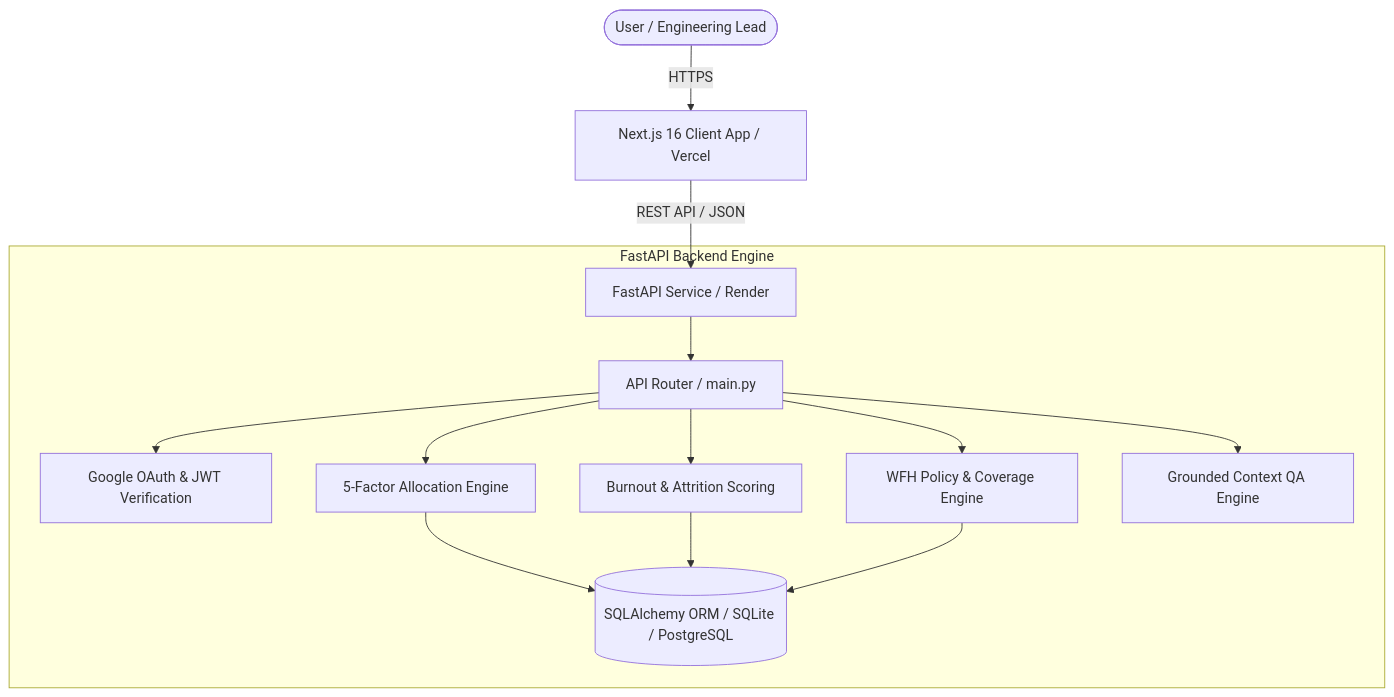
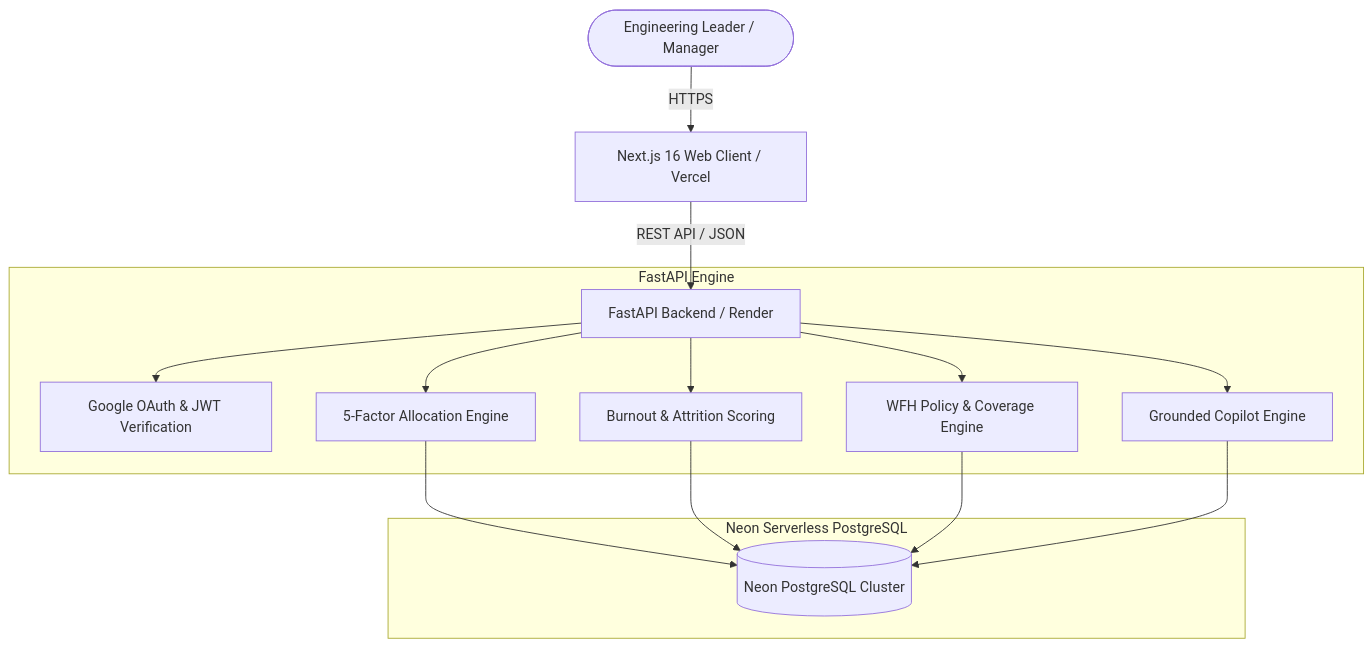
The diagram in README.md (kartikthhakur07/Orka), drawn with Mermaid before and after one commit. The commit also changed other lines of this file and 2 other files, not shown here.

Commit message:
docs: update README with Neon PostgreSQL architecture, remove static seed arrays, and connect live DB

````diff
--- a/README.md
+++ b/README.md
@@ -107,18 +111,20 @@
 ```mermaid
 graph TD
-    User([User / Engineering Lead]) -->|HTTPS| WebClient[Next.js 16 Client App / Vercel]
-    WebClient -->|REST API / JSON| FastAPI[FastAPI Service / Render]
+    User([Engineering Leader / Manager]) -->|HTTPS| WebClient[Next.js 16 Web Client / Vercel]
+    WebClient -->|REST API / JSON| FastAPI[FastAPI Backend / Render]
     
-    subgraph FastAPI Backend Engine
-        FastAPI --> Routing[API Router / main.py]
-        Routing --> Auth[Google OAuth & JWT Verification]
-        Routing --> Delegation[5-Factor Allocation Engine]
-        Routing --> Burnout[Burnout & Attrition Scoring]
-        Routing --> WFH[WFH Policy & Coverage Engine]
-        Routing --> Copilot[Grounded Context QA Engine]
-        
-        Delegation --> DB[(SQLAlchemy ORM / SQLite / PostgreSQL)]
-        Burnout --> DB
-        WFH --> DB
+    subgraph FastAPI Engine
+        FastAPI --> Auth[Google OAuth & JWT Verification]
+        FastAPI --> Delegation[5-Factor Allocation Engine]
+        FastAPI --> Burnout[Burnout & Attrition Scoring]
+        FastAPI --> WFH[WFH Policy & Coverage Engine]
+        FastAPI --> Copilot[Grounded Copilot Engine]
+    end
+
+    subgraph Neon Serverless PostgreSQL
+        Delegation --> Neon[(Neon PostgreSQL Cluster)]
+        Burnout --> Neon
+        WFH --> Neon
+        Copilot --> Neon
     end
 ```
````
